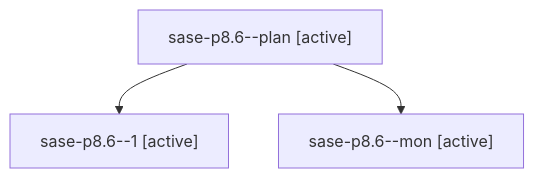
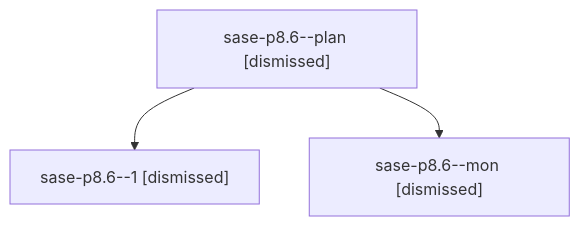
One commit to sase-org/sase--agents changed the diagram in sessions/bbugyi200.athena.sase-p8.6.md. Above: the diagram before and after it, drawn with Mermaid. The commit also changed other lines of this file and 104 other files, not shown here.

````diff
--- a/sessions/bbugyi200.athena.sase-p8.6.md
+++ b/sessions/bbugyi200.athena.sase-p8.6.md
@@ -9,8 +9,8 @@
 ```mermaid
 flowchart TD
-  n0["sase-p8.6--plan [active]"]
-  n1["sase-p8.6--1 [active]"]
+  n0["sase-p8.6--plan [dismissed]"]
+  n1["sase-p8.6--1 [dismissed]"]
   n0 --> n1
-  n2["sase-p8.6--mon [active]"]
+  n2["sase-p8.6--mon [dismissed]"]
   n0 --> n2
 ```
````
